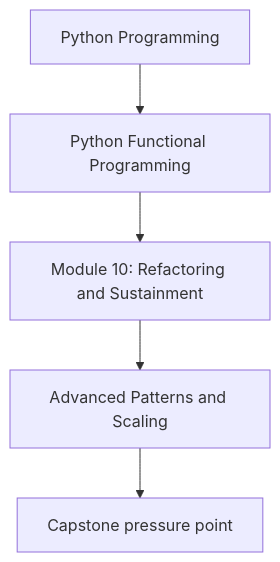
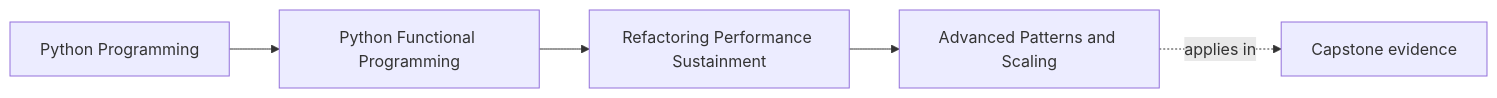
The first of 2 diagrams in programs/python-programming/python-functional-programming/course-book/module-10-refactoring-performance-sustainment/advanced-patterns-and-scaling.md (bijux/bijux-masterclass), drawn with Mermaid before and after one commit. The commit also changed other lines of this file and 108 other files, not shown here.

Commit message:
docs(python-functional-programming): map capstone and advanced design surfaces

````diff
--- a/programs/python-programming/python-functional-programming/course-book/module-10-refactoring-performance-sustainment/advanced-patterns-and-scaling.md
+++ b/programs/python-programming/python-functional-programming/course-book/module-10-refactoring-performance-sustainment/advanced-patterns-and-scaling.md
@@ -7,7 +7,11 @@
 ```mermaid
-flowchart TD
-  family["Python Programming"] --> program["Python Functional Programming"]
-  program --> module["Module 10: Refactoring and Sustainment"]
-  module --> concept["Advanced Patterns and Scaling"]
-  concept --> capstone["Capstone pressure point"]
+graph LR
+  family["Python Programming"]
+  program["Python Functional Programming"]
+  section["Refactoring Performance Sustainment"]
+  page["Advanced Patterns and Scaling"]
+  capstone["Capstone evidence"]
+
+  family --> program --> section --> page
+  page -.applies in.-> capstone
 ```
````
